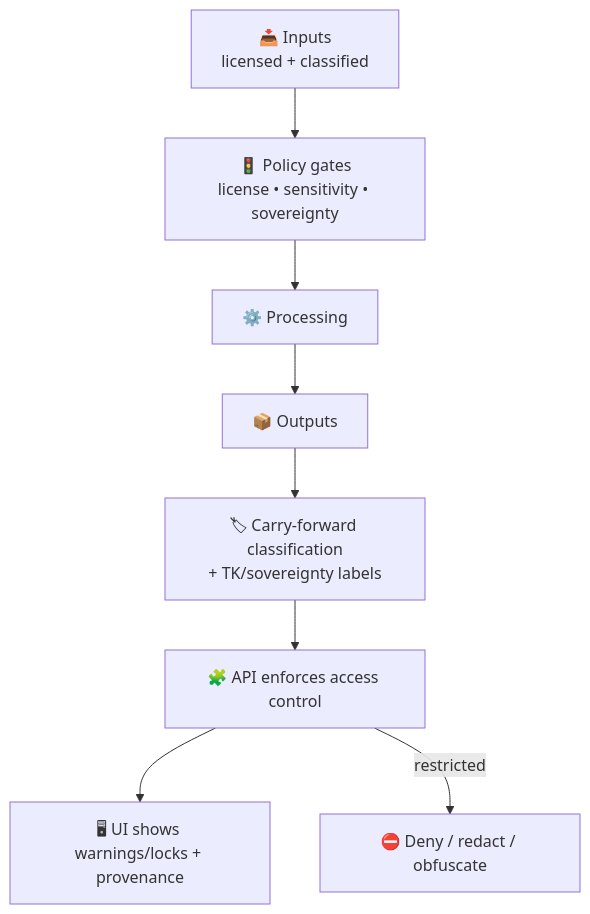
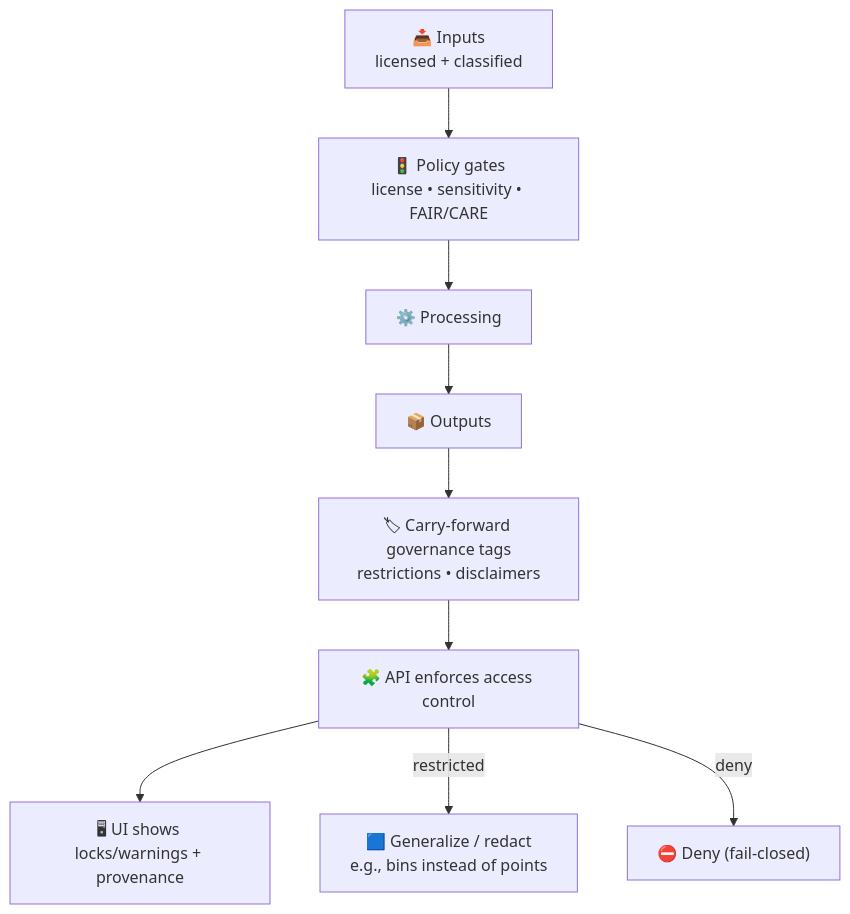
Diagram 13 of 13 in docs/architecture/diagrams/README.md (bartytime4life/Kansas-Frontier-Matrix), drawn with Mermaid before and after one commit. The commit also changed other lines of this file, not shown here.

````diff
--- a/docs/architecture/diagrams/README.md
+++ b/docs/architecture/diagrams/README.md
@@ -516,10 +671,11 @@
 ```mermaid
 flowchart TD
-  IN[📥 Inputs<br/>licensed + classified] --> GATE[🚦 Policy gates<br/>license • sensitivity • sovereignty]
-  GATE --> PROC[⚙️ Processing]
-  PROC --> OUT[📦 Outputs]
-  OUT --> TAG[🏷 Carry-forward classification<br/>+ TK/sovereignty labels]
-  TAG --> API[🧩 API enforces access control]
-  API --> UI[🖥 UI shows warnings/locks + provenance]
-  API -->|restricted| DENY[⛔ Deny / redact / obfuscate]
+  IN["📥 Inputs<br/>licensed + classified"] --> GATE["🚦 Policy gates<br/>license • sensitivity • FAIR/CARE"]
+  GATE --> PROC["⚙️ Processing"]
+  PROC --> OUT["📦 Outputs"]
+  OUT --> TAG["🏷 Carry-forward governance tags<br/>restrictions • disclaimers"]
+  TAG --> API["🧩 API enforces access control"]
+  API --> UI["🖥 UI shows locks/warnings + provenance"]
+  API -->|restricted| GEN["🟦 Generalize / redact<br/>e.g., bins instead of points"]
+  API -->|deny| DENY["⛔ Deny (fail-closed)"]
 ```
````
